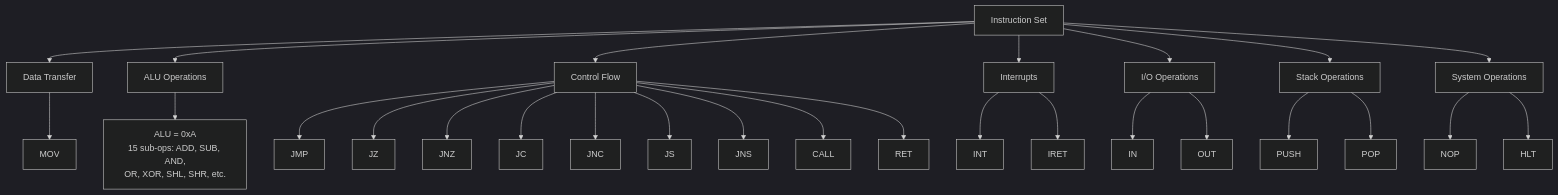
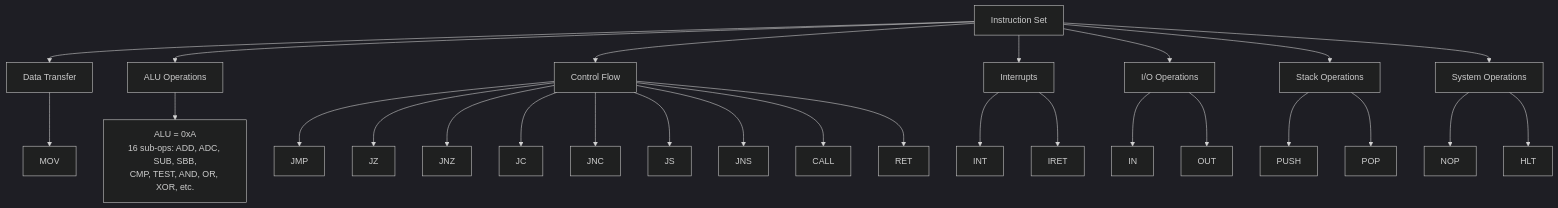
The first of 11 diagrams in website/content/docs/en/isa/instruction-set.mdx (MinecAnton209/NovumOS-16bit), drawn with Mermaid (dark theme) before and after one commit. The commit also changed other lines of this file and 18 other files, not shown here.

First line of the commit message:
feat: add ADC, SBB, XCHG to ALU, remove MUL/DIV

````diff
--- a/website/content/docs/en/isa/instruction-set.mdx
+++ b/website/content/docs/en/isa/instruction-set.mdx
@@ -73,36 +73,36 @@
 ```mermaid
 flowchart TD
     IS[Instruction Set] --> DT[Data Transfer]
     IS --> ALU[ALU Operations]
     IS --> CF[Control Flow]
     IS --> INT[Interrupts]
     IS --> IO[I/O Operations]
     IS --> STK[Stack Operations]
     IS --> SYS[System Operations]
 
     DT --> MOV[MOV]
 
-    ALU --> ALU_SUB[ALU = 0xA<br/>15 sub-ops: ADD, SUB, AND,<br/>OR, XOR, SHL, SHR, etc.]
+    ALU --> ALU_SUB[ALU = 0xA<br/>16 sub-ops: ADD, ADC, SUB, SBB,<br/>CMP, TEST, AND, OR, XOR, etc.]
 
     CF --> JMP[JMP]
     CF --> JZ[JZ]
     CF --> JNZ[JNZ]
     CF --> JC[JC]
     CF --> JNC[JNC]
     CF --> JS[JS]
     CF --> JNS[JNS]
     CF --> CALL[CALL]
     CF --> RET[RET]
 
     INT --> INT2[INT]
     INT --> IRET[IRET]
 
     IO --> IN[IN]
     IO --> OUT[OUT]
 
     STK --> PUSH2[PUSH]
     STK --> POP2[POP]
 
     SYS --> NOP[NOP]
     SYS --> HLT[HLT]
 ```
````
